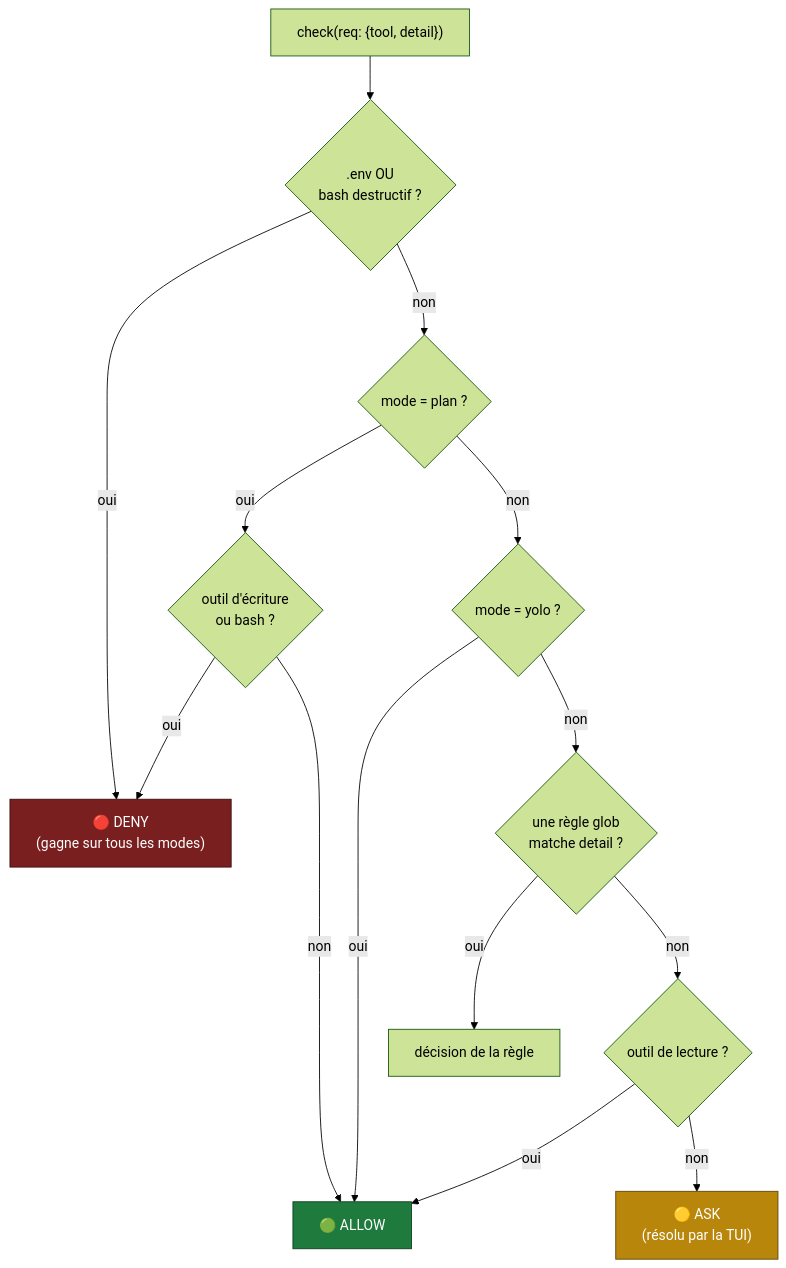
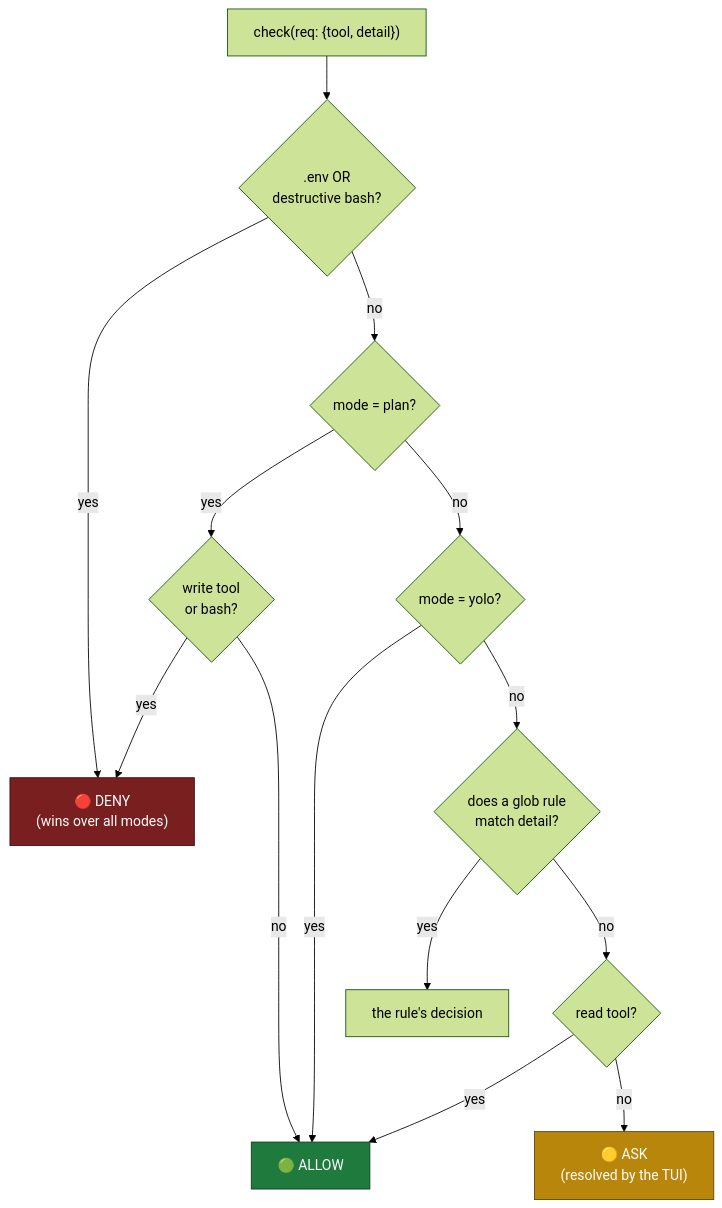
The seventh of 10 diagrams in DOCUMENTATION.md (Tromset/Ollama-Code), drawn with Mermaid (forest theme) before and after one commit. The commit also changed other lines of this file and 19 other files, not shown here.

````diff
--- a/DOCUMENTATION.md
+++ b/DOCUMENTATION.md
@@ -380,23 +380,23 @@
 ```mermaid
 flowchart TD
-    Start["check(req: {tool, detail})"] --> Hard{".env OU<br/>bash destructif ?"}
-    Hard -- oui --> Deny["🔴 DENY<br/>(gagne sur tous les modes)"]
-    Hard -- non --> Plan{"mode = plan ?"}
-    Plan -- oui --> IsWrite{"outil d'écriture<br/>ou bash ?"}
-    IsWrite -- oui --> Deny
-    IsWrite -- non --> Allow["🟢 ALLOW"]
-    Plan -- non --> Yolo{"mode = yolo ?"}
-    Yolo -- oui --> Allow
-    Yolo -- non --> Rules{"une règle glob<br/>matche detail ?"}
-    Rules -- oui --> RuleDec["décision de la règle"]
-    Rules -- non --> ReadDef{"outil de lecture ?"}
-    ReadDef -- oui --> Allow
-    ReadDef -- non --> Ask["🟡 ASK<br/>(résolu par la TUI)"]
+    Start["check(req: {tool, detail})"] --> Hard{".env OR<br/>destructive bash?"}
+    Hard -- yes --> Deny["🔴 DENY<br/>(wins over all modes)"]
+    Hard -- no --> Plan{"mode = plan?"}
+    Plan -- yes --> IsWrite{"write tool<br/>or bash?"}
+    IsWrite -- yes --> Deny
+    IsWrite -- no --> Allow["🟢 ALLOW"]
+    Plan -- no --> Yolo{"mode = yolo?"}
+    Yolo -- yes --> Allow
+    Yolo -- no --> Rules{"does a glob rule<br/>match detail?"}
+    Rules -- yes --> RuleDec["the rule's decision"]
+    Rules -- no --> ReadDef{"read tool?"}
+    ReadDef -- yes --> Allow
+    ReadDef -- no --> Ask["🟡 ASK<br/>(resolved by the TUI)"]
 
     classDef deny fill:#7a1f1f,color:#fff,stroke:#3d0d0d;
     classDef allow fill:#1f7a3d,color:#fff,stroke:#0d3d1e;
     classDef ask fill:#b8860b,color:#fff,stroke:#5c4407;
     class Deny deny;
     class Allow allow;
     class Ask ask;
 ```
````
